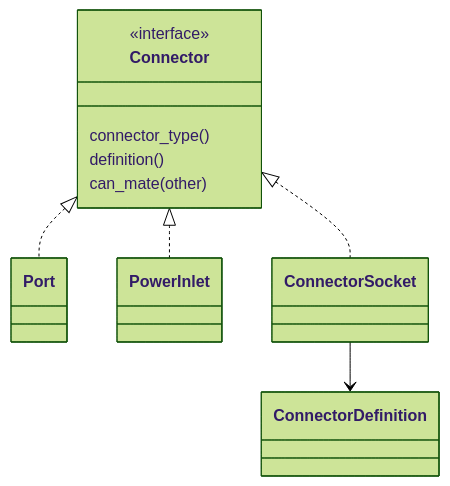
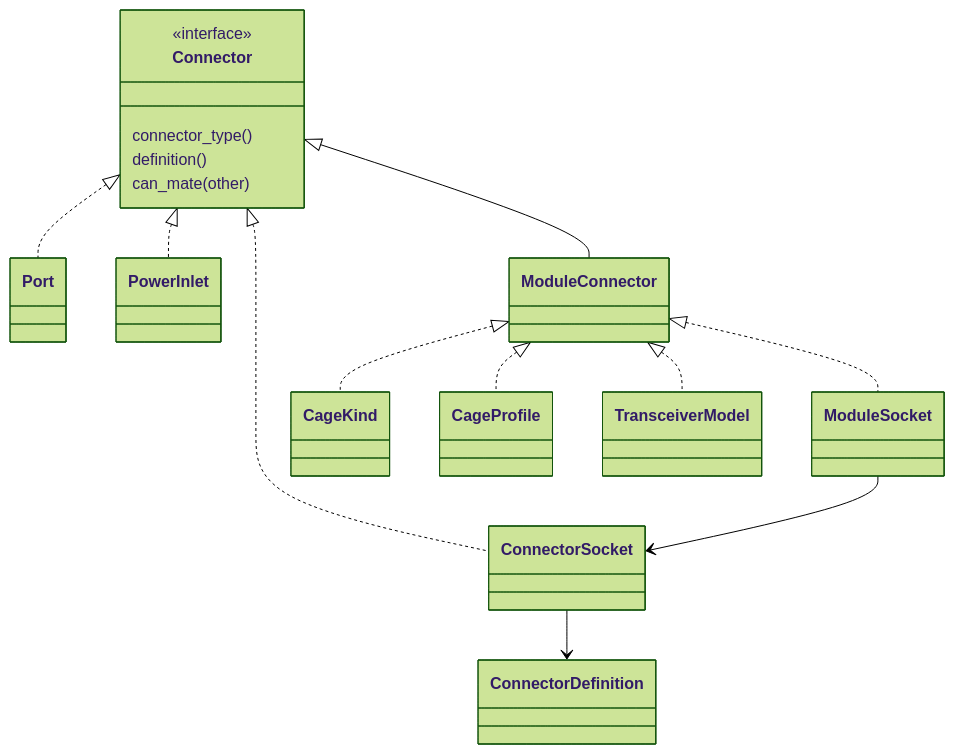
The diagram in docs/CONNECTORS.md (nrf24l01/sys-admin-sym), drawn with Mermaid (forest theme) before and after one commit. The commit also changed other lines of this file and 14 other files, not shown here.

Commit message:
Add shared module connector hierarchy

````diff
--- a/docs/CONNECTORS.md
+++ b/docs/CONNECTORS.md
@@ -11,13 +18,19 @@
 ```mermaid
 classDiagram
     class Connector {
         <<interface>>
         connector_type()
         definition()
         can_mate(other)
     }
     Connector <|.. Port
     Connector <|.. PowerInlet
     Connector <|.. ConnectorSocket
+    Connector <|-- ModuleConnector
+    ModuleConnector <|.. CageKind
+    ModuleConnector <|.. CageProfile
+    ModuleConnector <|.. TransceiverModel
+    ModuleConnector <|.. ModuleSocket
+    ModuleSocket --> ConnectorSocket
     ConnectorSocket --> ConnectorDefinition
 ```
````
